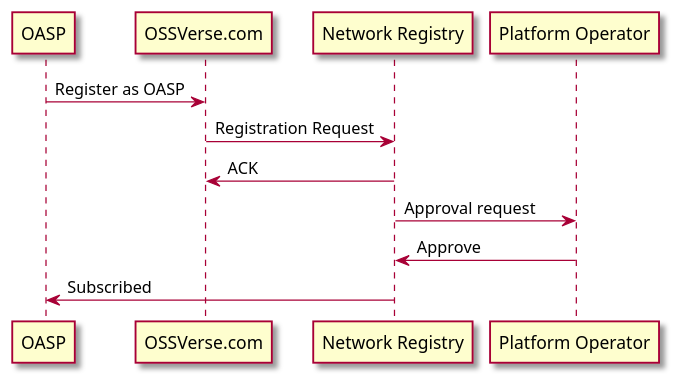
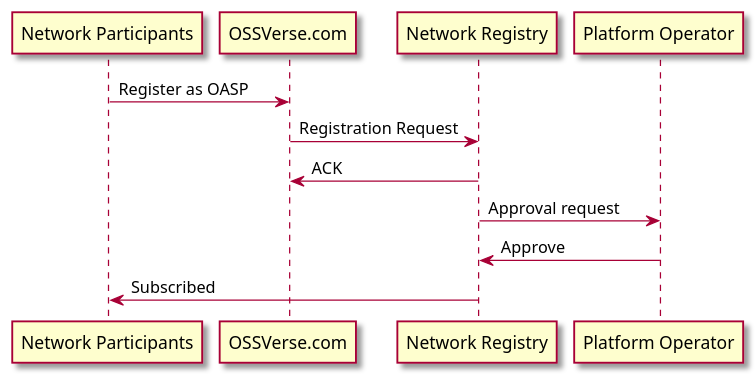
One commit to OSSVerse/OSSVerse changed the diagram in docs/puml/SequenceDiagram_OASP_onboarding.puml. Above: the diagram before and after it, drawn with PlantUML.

Commit message:
sequence diagram - OASP onboarding, Search catalog - updated

```diff
--- a/docs/puml/SequenceDiagram_OASP_onboarding.puml
+++ b/docs/puml/SequenceDiagram_OASP_onboarding.puml
@@ -1,15 +1,15 @@
 @startuml
 
 skin rose
 
 
-OASP -> OSSVerse.com: Register as OASP
+"Network Participants" -> OSSVerse.com: Register as OASP
 OSSVerse.com -> "Network Registry": Registration Request
 "Network Registry" -> OSSVerse.com: ACK
 
 
 "Network Registry" -> "Platform Operator": Approval request
 "Platform Operator" -> "Network Registry": Approve
-"Network Registry" -> OASP: Subscribed
+"Network Registry" -> "Network Participants": Subscribed
 
 @enduml
```
